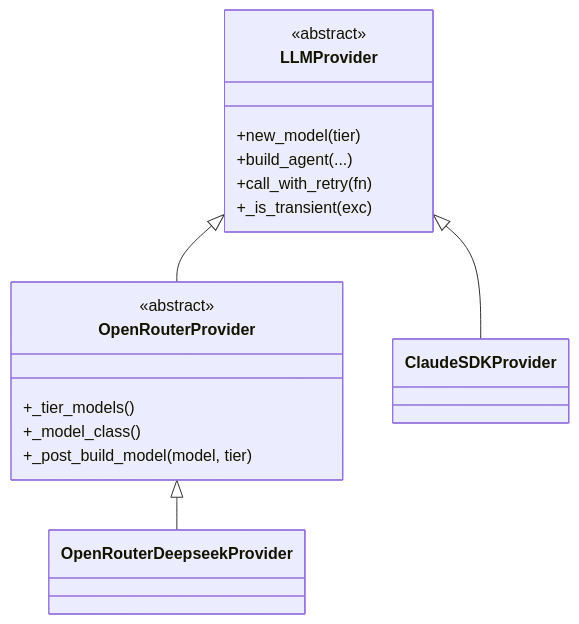
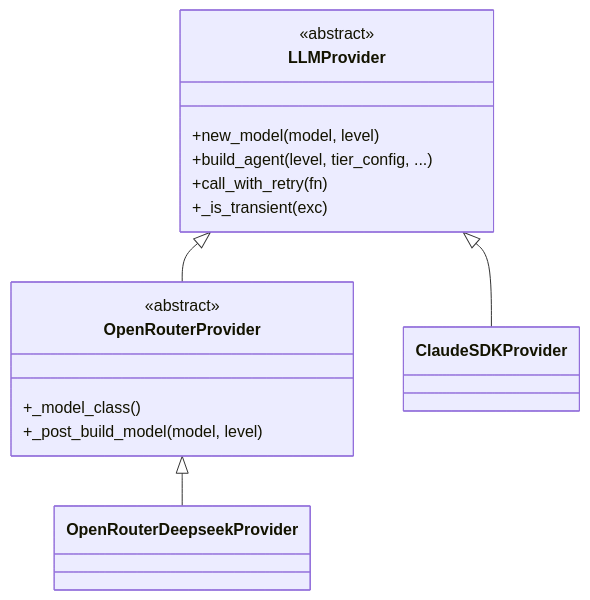
The diagram in ARCHITECTURE.md (damien-robotsix/robotsix-llmio), drawn with Mermaid before and after one commit. The commit also changed other lines of this file and 5 other files, not shown here.

Commit message:
mill: Update documentation for config, factory, and removal of Tier (20260616T193754Z-update-documentation-for-config-factory-333a) (#191)

````diff
--- a/ARCHITECTURE.md
+++ b/ARCHITECTURE.md
@@ -39,21 +41,20 @@
 ```mermaid
 classDiagram
     LLMProvider <|-- OpenRouterProvider
     LLMProvider <|-- ClaudeSDKProvider
     OpenRouterProvider <|-- OpenRouterDeepseekProvider
     class LLMProvider {
         <<abstract>>
-        +new_model(tier)
-        +build_agent(...)
+        +new_model(model, level)
+        +build_agent(level, tier_config, ...)
         +call_with_retry(fn)
         +_is_transient(exc)
     }
     class OpenRouterProvider {
         <<abstract>>
-        +_tier_models()
         +_model_class()
-        +_post_build_model(model, tier)
+        +_post_build_model(model, level)
     }
     class ClaudeSDKProvider
     class OpenRouterDeepseekProvider
 ```
````
